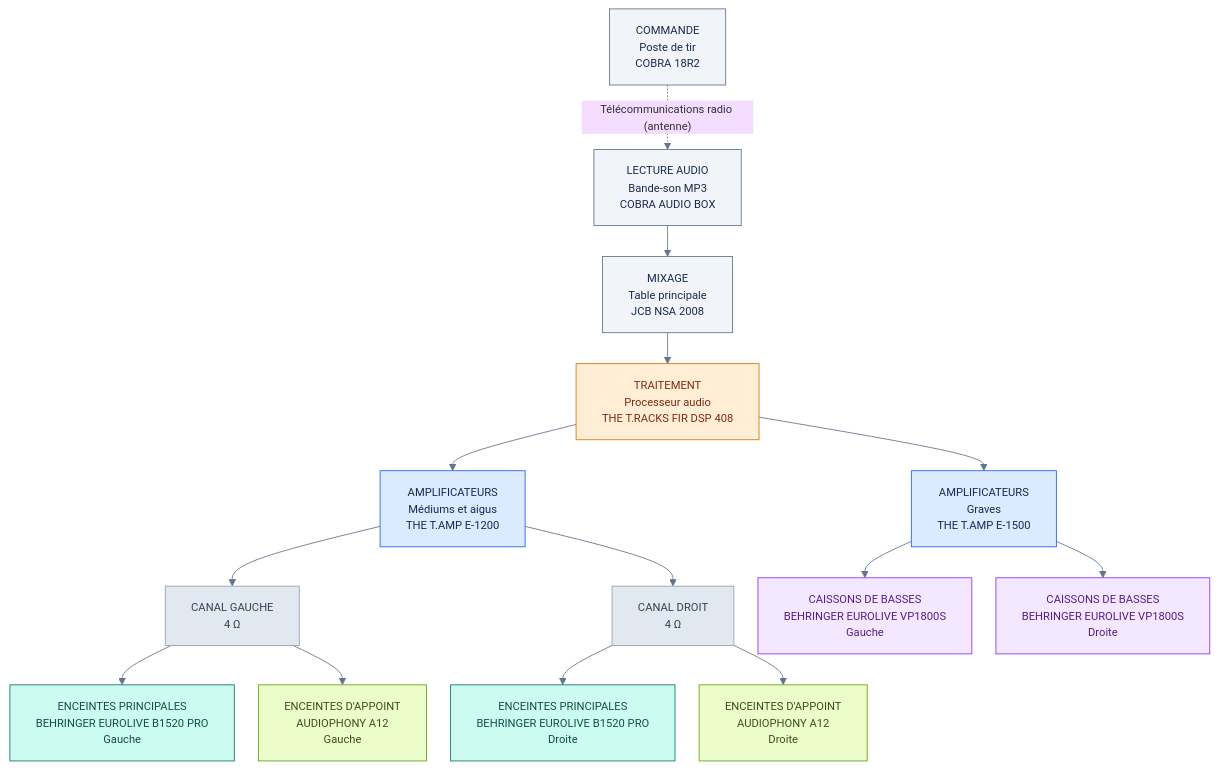
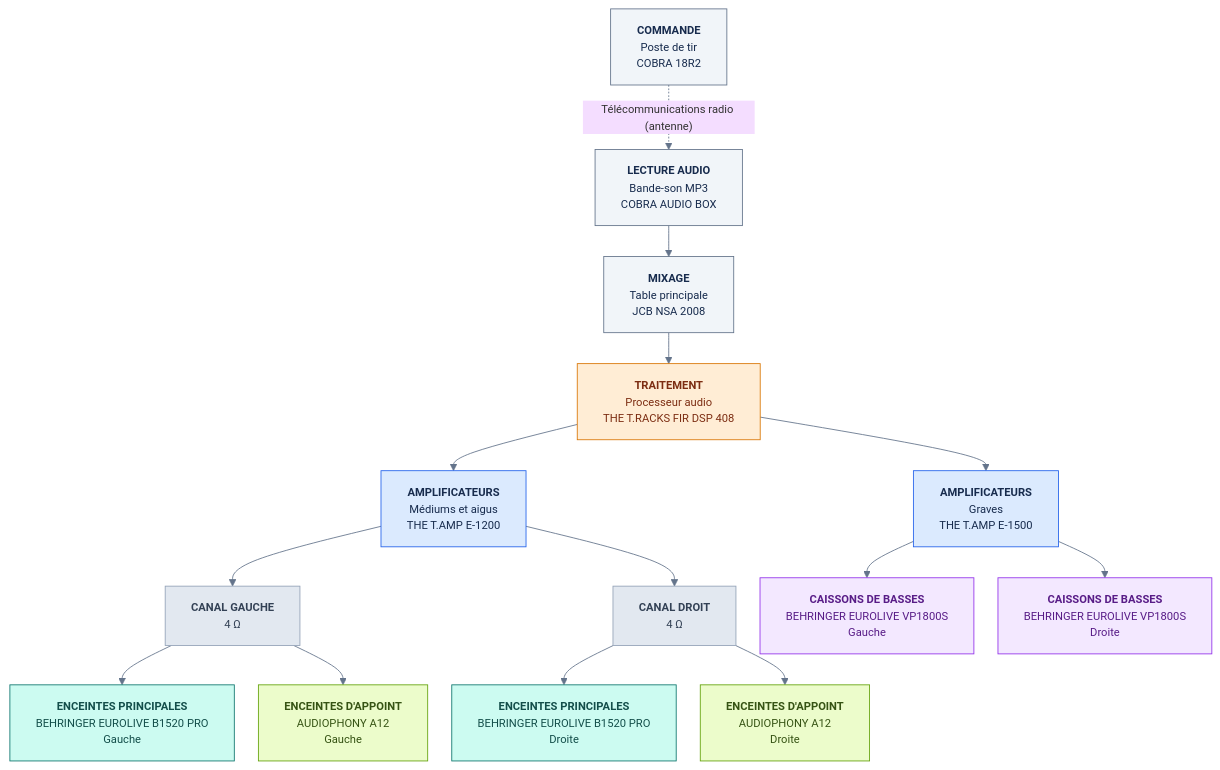
One commit to HAZIT-FR/PGE-SONO changed the first of 3 diagrams in README.md. Above: the diagram before and after it, drawn with Mermaid.

Commit message:
docs: mettre les titres des cadres Mermaid en gras

```diff
--- a/README.md
+++ b/README.md
@@ -34,46 +34,46 @@
 ~~~mermaid
 %%{init: {"flowchart": {"nodeSpacing": 28, "rankSpacing": 36, "htmlLabels": true, "wrappingWidth": 320}, "theme": "base", "themeVariables": {"fontSize": "13px", "lineColor": "#64748b"}}}%%
 flowchart TB
-  A["COMMANDE<br/>Poste de tir<br/>COBRA 18R2"]
-  B["LECTURE AUDIO<br/>Bande-son MP3<br/>COBRA AUDIO BOX"]
-  C["MIXAGE<br/>Table principale<br/>JCB NSA 2008"]
-  D["TRAITEMENT<br/>Processeur audio<br/>THE T.RACKS FIR DSP 408"]
-  E["AMPLIFICATEURS<br/>Médiums et aigus<br/>THE T.AMP E-1200"]
-  F["AMPLIFICATEURS<br/>Graves<br/>THE T.AMP E-1500"]
-  LG["CANAL GAUCHE<br/>4 Ω"]
-  LD["CANAL DROIT<br/>4 Ω"]
-  BG["ENCEINTES PRINCIPALES<br/>BEHRINGER EUROLIVE B1520 PRO<br/>Gauche"]
-  BD["ENCEINTES PRINCIPALES<br/>BEHRINGER EUROLIVE B1520 PRO<br/>Droite"]
-  AG["ENCEINTES D'APPOINT<br/>AUDIOPHONY A12<br/>Gauche"]
-  AD["ENCEINTES D'APPOINT<br/>AUDIOPHONY A12<br/>Droite"]
-  SG["CAISSONS DE BASSES<br/>BEHRINGER EUROLIVE VP1800S<br/>Gauche"]
-  SD["CAISSONS DE BASSES<br/>BEHRINGER EUROLIVE VP1800S<br/>Droite"]
+  A["<b>COMMANDE</b><br/>Poste de tir<br/>COBRA 18R2"]
+  B["<b>LECTURE AUDIO</b><br/>Bande-son MP3<br/>COBRA AUDIO BOX"]
+  C["<b>MIXAGE</b><br/>Table principale<br/>JCB NSA 2008"]
+  D["<b>TRAITEMENT</b><br/>Processeur audio<br/>THE T.RACKS FIR DSP 408"]
+  E["<b>AMPLIFICATEURS</b><br/>Médiums et aigus<br/>THE T.AMP E-1200"]
+  F["<b>AMPLIFICATEURS</b><br/>Graves<br/>THE T.AMP E-1500"]
+  LG["<b>CANAL GAUCHE</b><br/>4 Ω"]
+  LD["<b>CANAL DROIT</b><br/>4 Ω"]
+  BG["<b>ENCEINTES PRINCIPALES</b><br/>BEHRINGER EUROLIVE B1520 PRO<br/>Gauche"]
+  BD["<b>ENCEINTES PRINCIPALES</b><br/>BEHRINGER EUROLIVE B1520 PRO<br/>Droite"]
+  AG["<b>ENCEINTES D'APPOINT</b><br/>AUDIOPHONY A12<br/>Gauche"]
+  AD["<b>ENCEINTES D'APPOINT</b><br/>AUDIOPHONY A12<br/>Droite"]
+  SG["<b>CAISSONS DE BASSES</b><br/>BEHRINGER EUROLIVE VP1800S<br/>Gauche"]
+  SD["<b>CAISSONS DE BASSES</b><br/>BEHRINGER EUROLIVE VP1800S<br/>Droite"]
 
   A -. "Télécommunications radio (antenne)" .-> B
   B --> C --> D
   D --> E
   D --> F
   E --> LG
   E --> LD
   LG --> BG
   LG --> AG
   LD --> BD
   LD --> AD
   F --> SG
   F --> SD
 
   classDef commande fill:#f1f5f9,stroke:#64748b,color:#172b4d;
   classDef processeur fill:#ffedd5,stroke:#d97706,color:#7c2d12;
   classDef amplis fill:#dbeafe,stroke:#2563eb,color:#172b4d;
   classDef canaux fill:#e2e8f0,stroke:#94a3b8,color:#334155;
   classDef principales fill:#ccfbf1,stroke:#0f766e,color:#134e4a;
   classDef appoint fill:#ecfccb,stroke:#65a30d,color:#365314;
   classDef basses fill:#f3e8ff,stroke:#9333ea,color:#581c87;
   class A,B,C commande;
   class D processeur;
   class E,F amplis;
   class LG,LD canaux;
   class BG,BD principales;
   class AG,AD appoint;
   class SG,SD basses;
 ~~~
```
